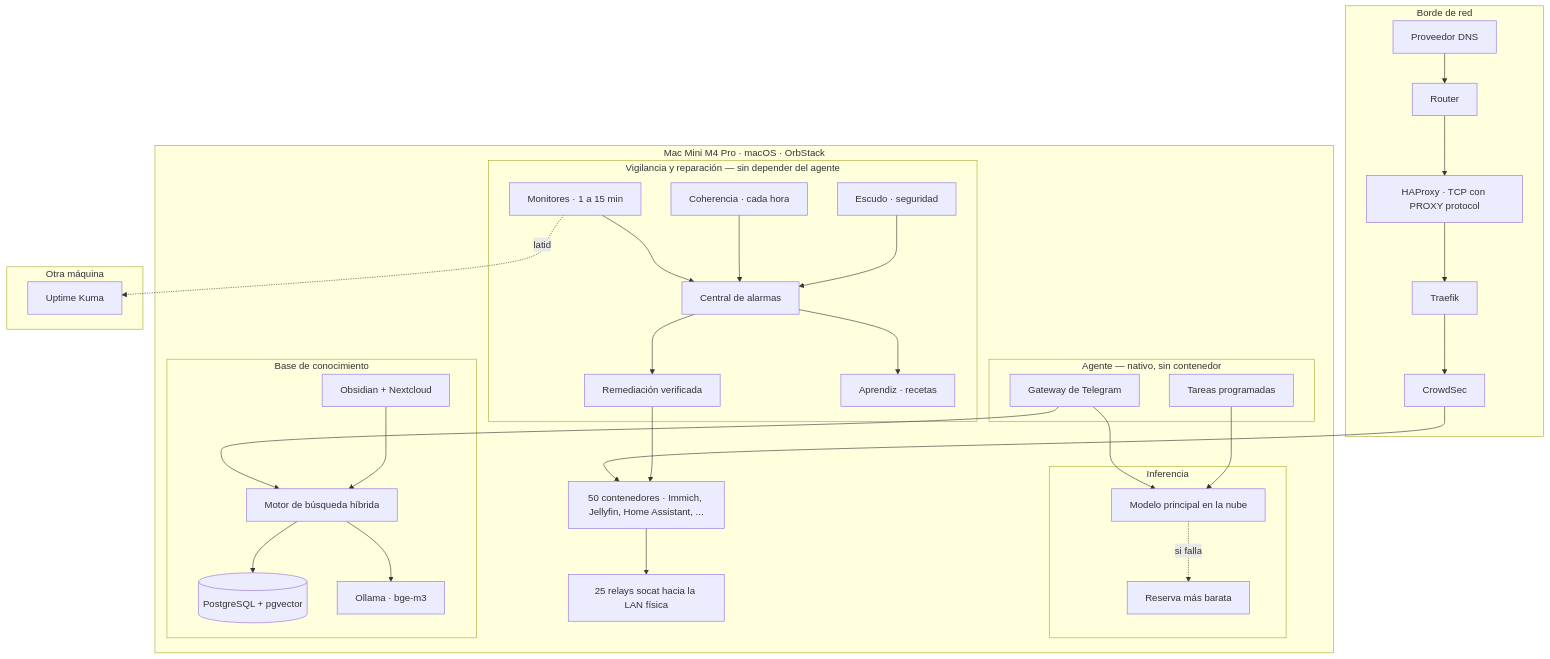
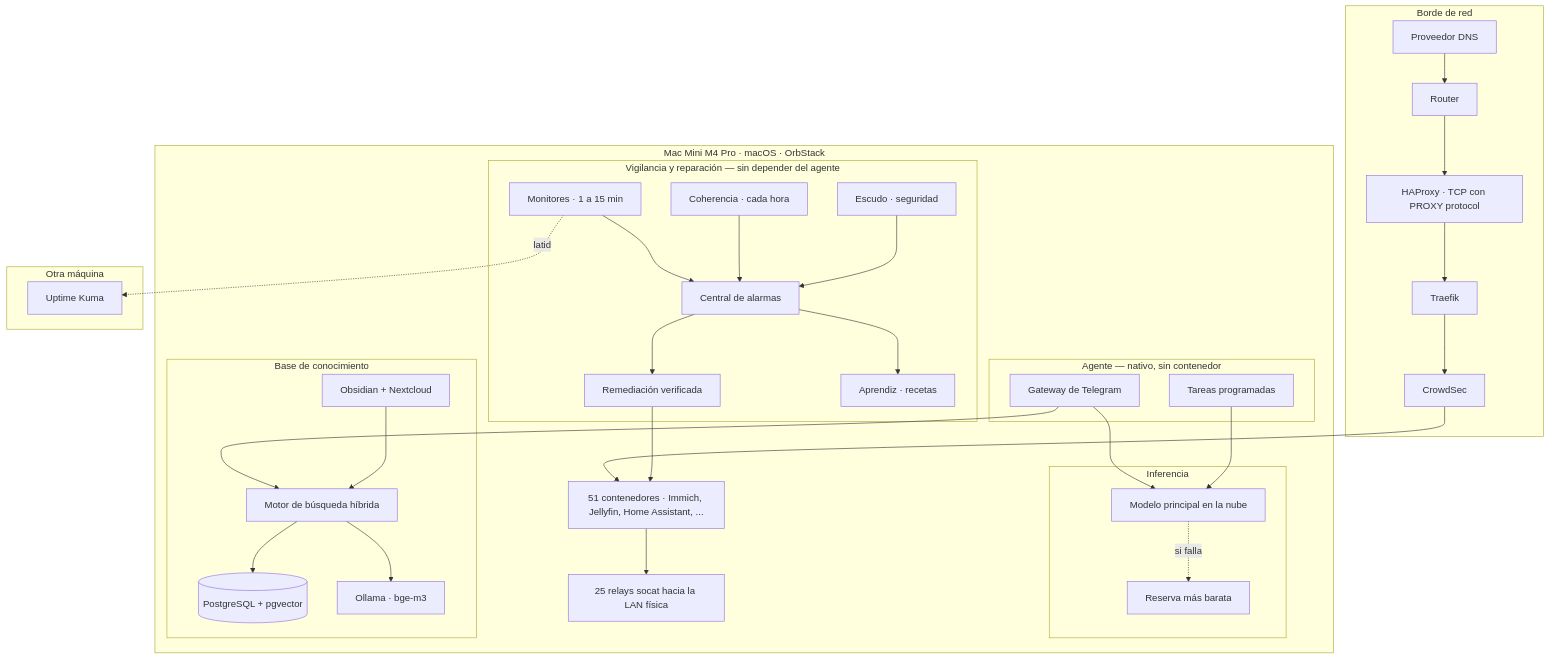
Before and after one commit to miquelblanch/homelab-ai-platform: the first of 2 diagrams in docs/architecture.md, drawn with Mermaid. The commit also changed other lines of this file and 3 other files, not shown here.

````diff
--- a/docs/architecture.md
+++ b/docs/architecture.md
@@ -41,61 +41,61 @@
 ```mermaid
 flowchart TB
     subgraph edge["Borde de red"]
         CF[Proveedor DNS] --> RT[Router]
         RT --> HAP[HAProxy · TCP con PROXY protocol]
         HAP --> TR[Traefik]
         TR --> WAF[CrowdSec]
     end
 
     subgraph host["Mac Mini M4 Pro · macOS · OrbStack"]
         subgraph agent["Agente — nativo, sin contenedor"]
             GW[Gateway de Telegram]
             CRON[Tareas programadas]
         end
 
         subgraph models["Inferencia"]
             CLOUD[Modelo principal en la nube]
             RES[Reserva más barata]
         end
 
         subgraph rag["Base de conocimiento"]
             GB[Motor de búsqueda híbrida]
             SRC[Obsidian + Nextcloud]
             PG[(PostgreSQL + pgvector)]
             EMB[Ollama · bge-m3]
         end
 
         subgraph obs["Vigilancia y reparación — sin depender del agente"]
             MON[Monitores · 1 a 15 min]
             CEN[Central de alarmas]
             REM[Remediación verificada]
             APR[Aprendiz · recetas]
             COH[Coherencia · cada hora]
             ESC[Escudo · seguridad]
         end
 
-        APPS[50 contenedores · Immich, Jellyfin, Home Assistant, ...]
+        APPS[51 contenedores · Immich, Jellyfin, Home Assistant, ...]
         RELAY[25 relays socat hacia la LAN física]
     end
 
     subgraph ext["Otra máquina"]
         KUMA[Uptime Kuma]
     end
 
     WAF --> APPS
     GW --> CLOUD
     CLOUD -.si falla.-> RES
     GW --> GB
     CRON --> CLOUD
     GB --> PG
     GB --> EMB
     SRC --> GB
     MON --> CEN
     CEN --> REM
     CEN --> APR
     COH --> CEN
     ESC --> CEN
     REM --> APPS
     APPS --> RELAY
     MON -.latido.-> KUMA
 ```
````
